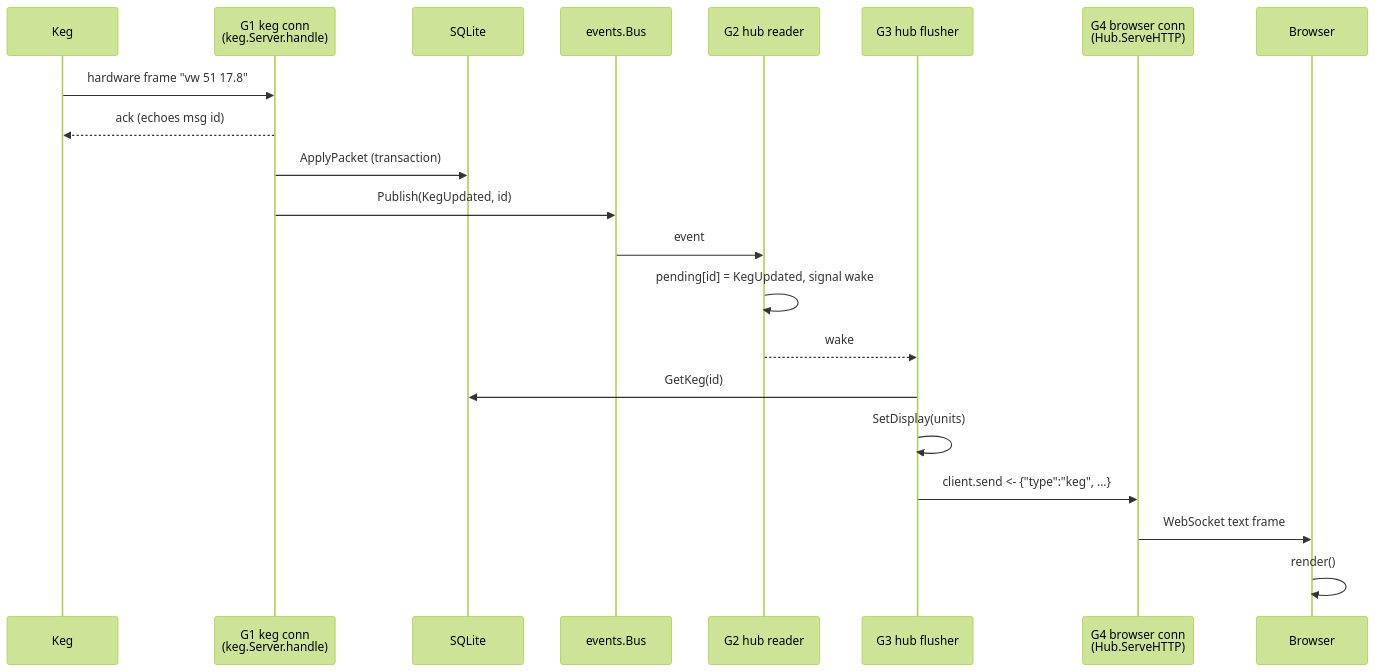
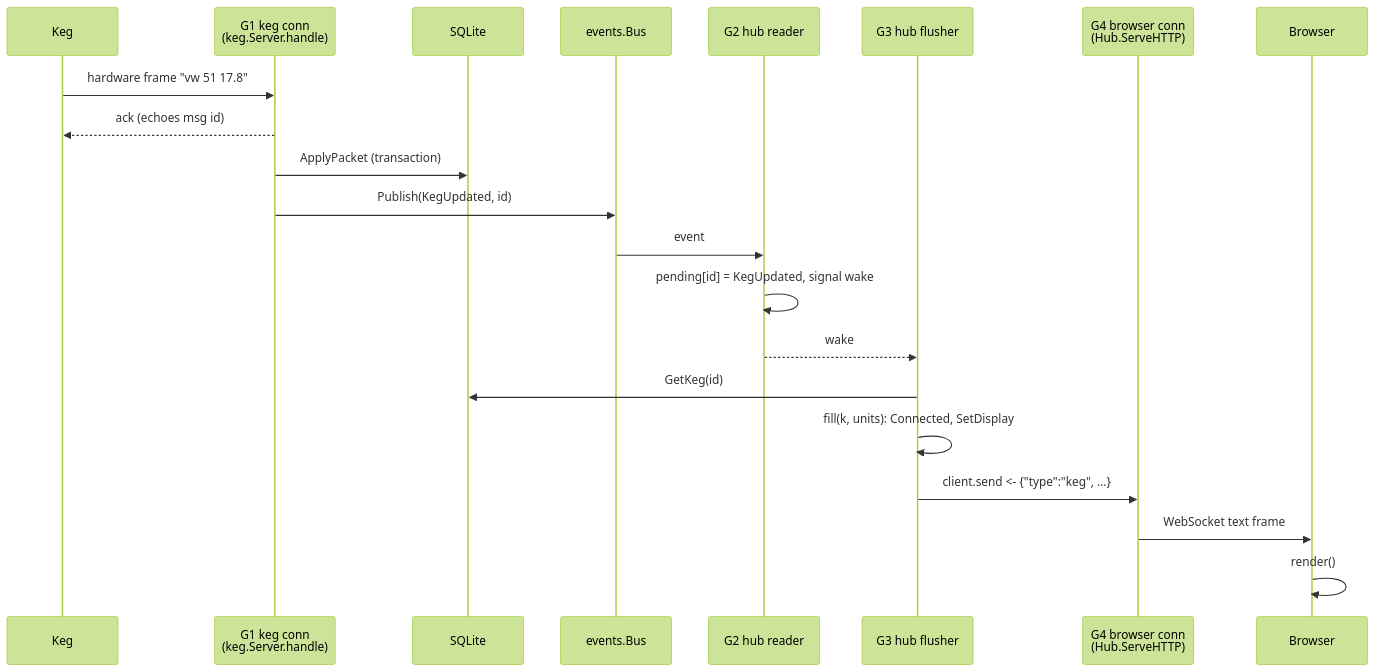
Before and after one commit to matt-freed/open-plaato-keg: the diagram in docs/keg-to-websocket.md, drawn with Mermaid (forest theme). The commit also changed other lines of this file and 8 other files, not shown here.

````diff
--- a/docs/keg-to-websocket.md
+++ b/docs/keg-to-websocket.md
@@ -22,24 +22,24 @@
 ```mermaid
 sequenceDiagram
     participant Keg
     participant G1 as G1 keg conn<br/>(keg.Server.handle)
     participant DB as SQLite
     participant Bus as events.Bus
     participant G2 as G2 hub reader
     participant G3 as G3 hub flusher
     participant G4 as G4 browser conn<br/>(Hub.ServeHTTP)
     participant Browser
 
     Keg->>G1: hardware frame "vw 51 17.8"
     G1-->>Keg: ack (echoes msg id)
     G1->>DB: ApplyPacket (transaction)
     G1->>Bus: Publish(KegUpdated, id)
     Bus->>G2: event
     G2->>G2: pending[id] = KegUpdated, signal wake
     G2-->>G3: wake
     G3->>DB: GetKeg(id)
-    G3->>G3: SetDisplay(units)
+    G3->>G3: fill(k, units): Connected, SetDisplay
     G3->>G4: client.send <- {"type":"keg", ...}
     G4->>Browser: WebSocket text frame
     Browser->>Browser: render()
 ```
````
